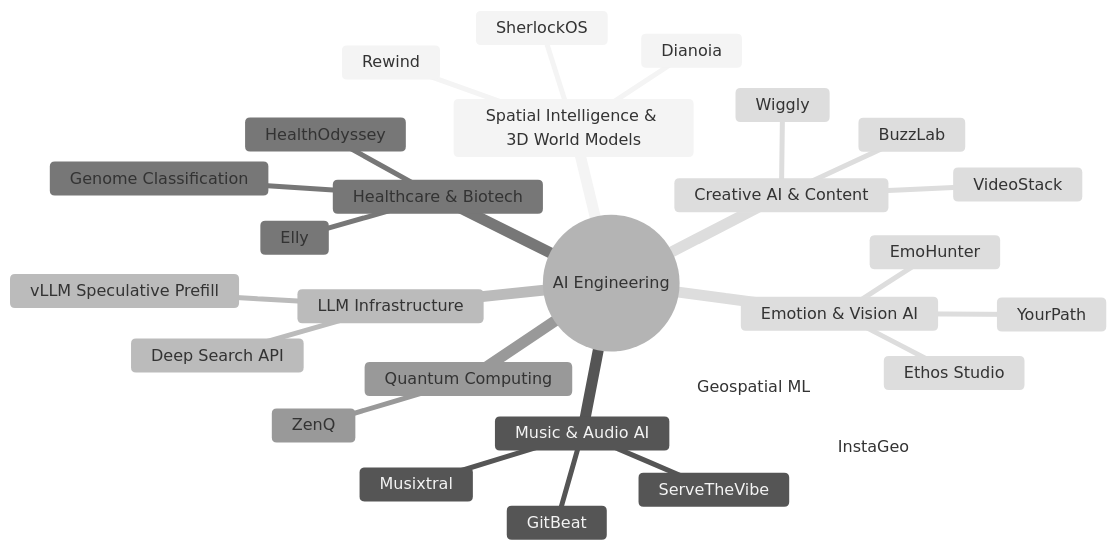
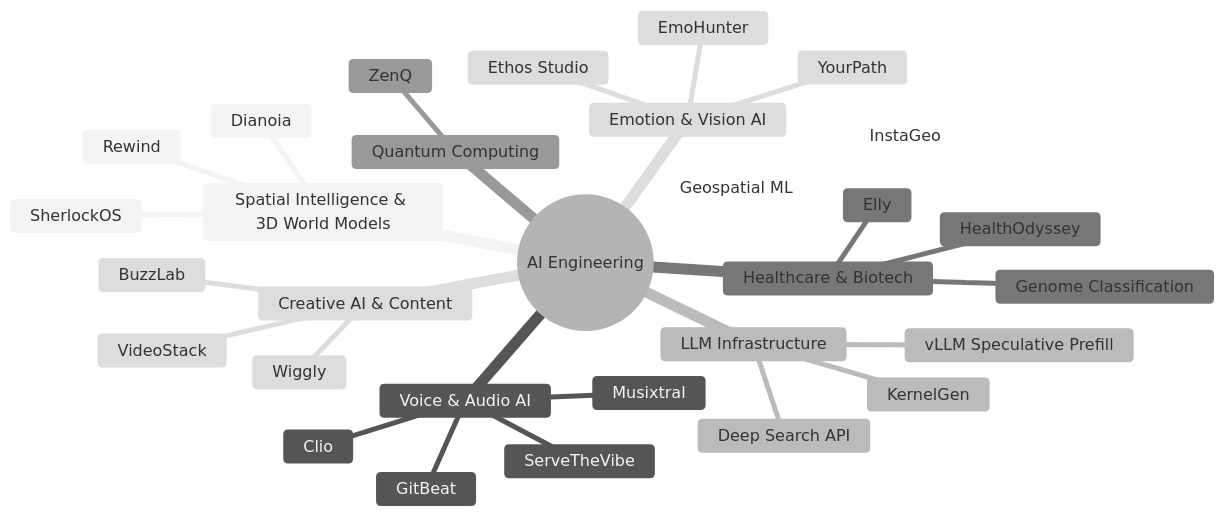
Before and after one commit to inin-zou/inin-zou: the diagram in README.md, drawn with Mermaid. The commit also changed other lines of this file, not shown here.

Commit message:
Add Clio (Big Berlin) and GOSIM KernelGen hackathon wins

````diff
--- a/README.md
+++ b/README.md
@@ -20,32 +20,34 @@
 ```mermaid
 %%{init: {'theme': 'neutral'}}%%
 mindmap
   root((AI Engineering))
     Spatial Intelligence & 3D World Models
       Dianoia
       Rewind
       SherlockOS
-    Music & Audio AI
+    Voice & Audio AI
+      Clio
       Musixtral
       GitBeat
       ServeTheVibe
     LLM Infrastructure
+      KernelGen
       vLLM Speculative Prefill
       Deep Search API
     Healthcare & Biotech
       HealthOdyssey
       Elly
       Genome Classification
     Quantum Computing
       ZenQ
     Emotion & Vision AI
       EmoHunter
       YourPath
       Ethos Studio
     Geospatial ML
       InstaGeo
     Creative AI & Content
       BuzzLab
       VideoStack
       Wiggly
 ```
````
